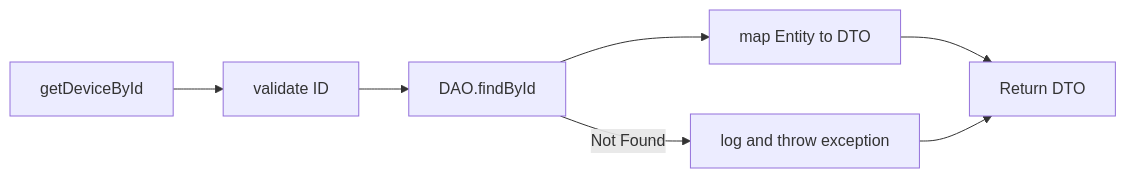
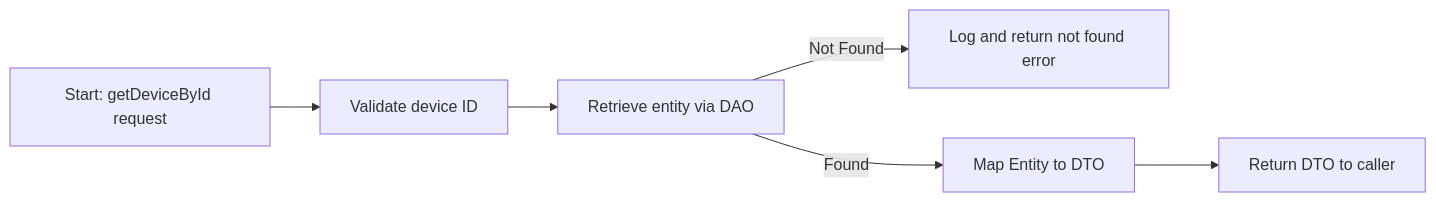
The second of 9 diagrams in spec/spec-backend-service-implementation.md (vx-daniel/tb-ai-docs), drawn with Mermaid before and after one commit. The commit also changed other lines of this file, not shown here.

````diff
--- a/spec/spec-backend-service-implementation.md
+++ b/spec/spec-backend-service-implementation.md
@@ -92,15 +90,8 @@
 ```mermaid
 flowchart LR
-    b1 --> b2
-    b2 --> b3
-    b3 --> b4
-    b4 --> b5
-    b3 -- Not Found --> b6
-    b6 --> b5
-    b1[getDeviceById]
-    b2[validate ID]
-    b3[DAO.findById]
-    b4[map Entity to DTO]
-    b5[Return DTO]
-    b6[log and throw exception]
+    b1[Start: getDeviceById request] --> b2[Validate device ID]
+    b2 --> b3[Retrieve entity via DAO]
+    b3 -- Not Found --> b4[Log and return not found error]
+    b3 -- Found --> b5[Map Entity to DTO]
+    b5 --> b6[Return DTO to caller]
 ```
````
